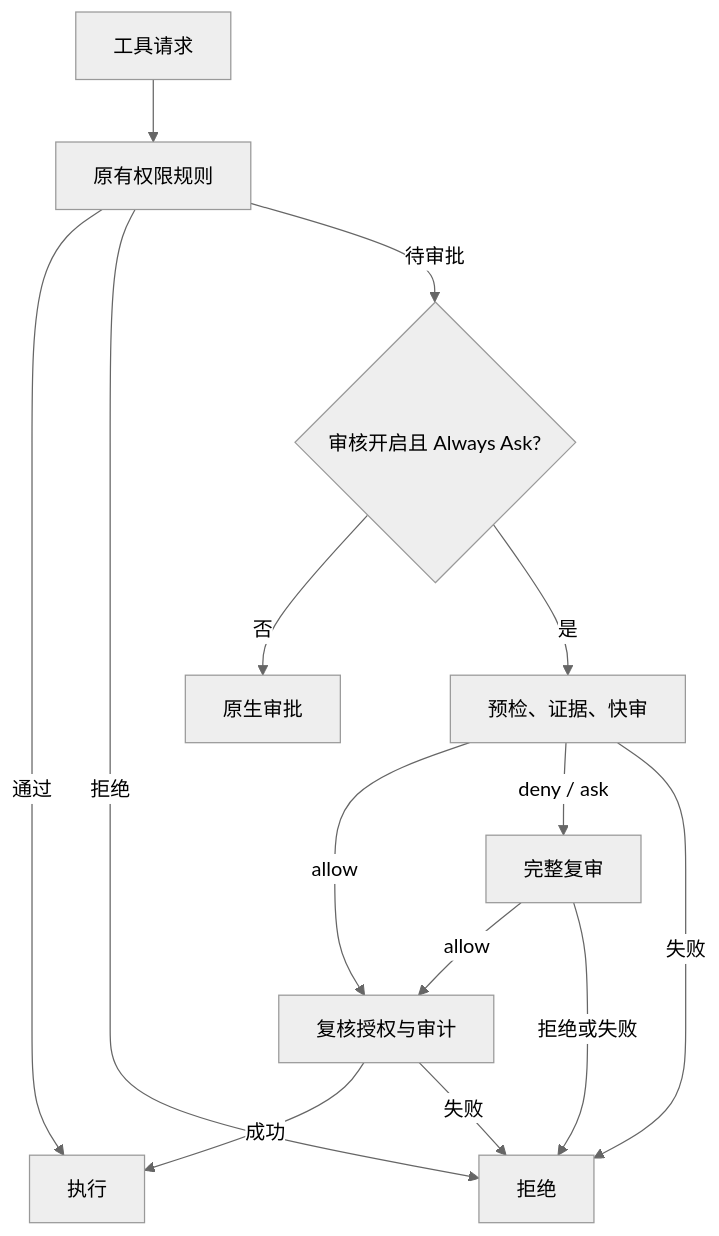
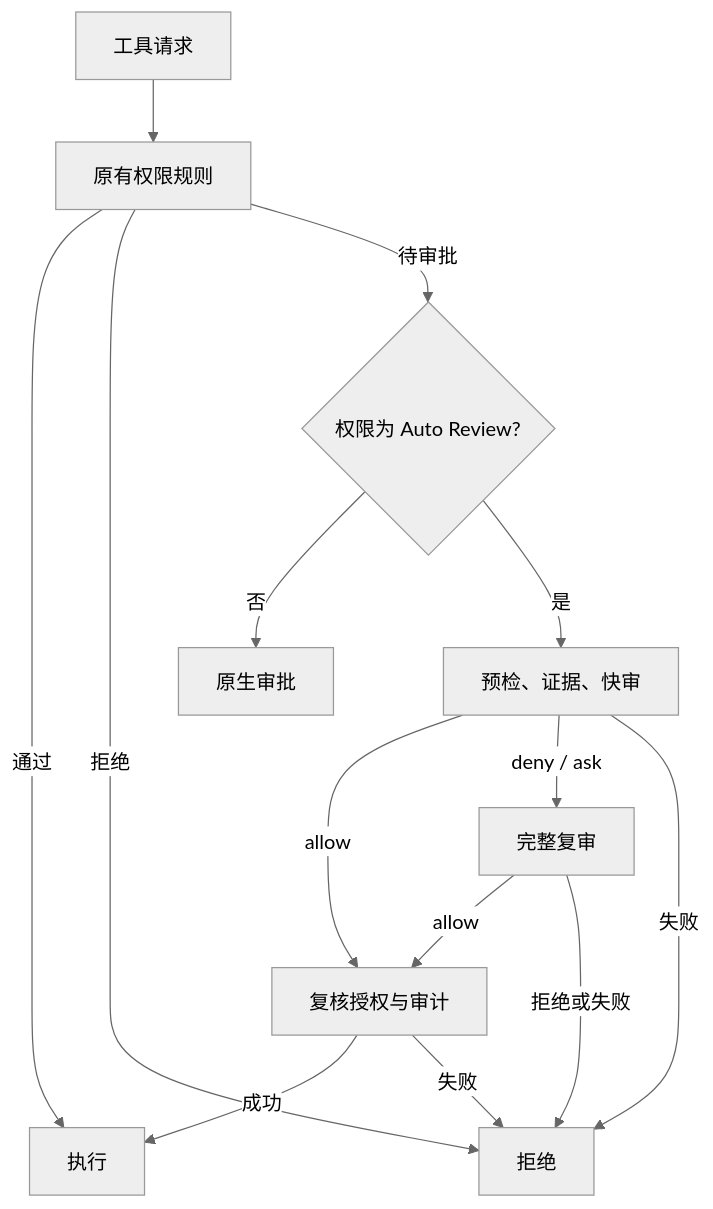
Before and after one commit to FrostNovaOrg/AutoKimi: the diagram in docs/architecture.md, drawn with Mermaid (neutral theme). The commit also changed other lines of this file and 42 other files, not shown here.

Commit message:
feat: add native Auto Review permission mode

````diff
--- a/docs/architecture.md
+++ b/docs/architecture.md
@@ -5,16 +5,16 @@
 ```mermaid
 flowchart TD
   A[工具请求] --> B[原有权限规则]
   B -->|通过| X[执行]
   B -->|拒绝| D[拒绝]
-  B -->|待审批| C{审核开启且 Always Ask?}
+  B -->|待审批| C{权限为 Auto Review?}
   C -->|否| H[原生审批]
   C -->|是| F[预检、证据、快审]
   F -->|allow| V[复核授权与审计]
   F -->|deny / ask| R[完整复审]
   R -->|allow| V
   V -->|成功| X
   F -->|失败| D
   R -->|拒绝或失败| D
   V -->|失败| D
 ```
````
